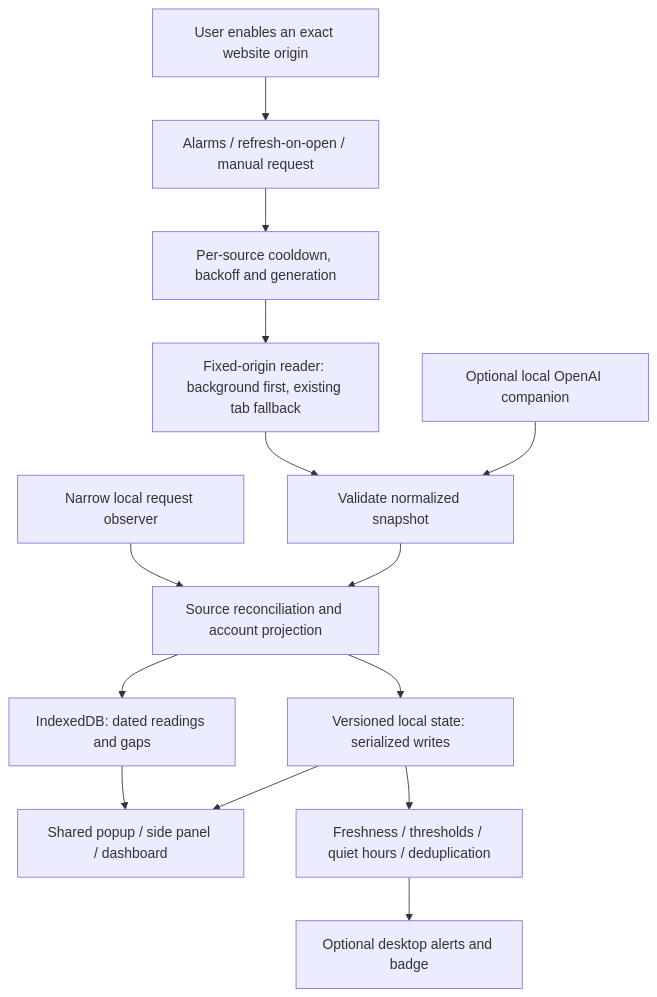
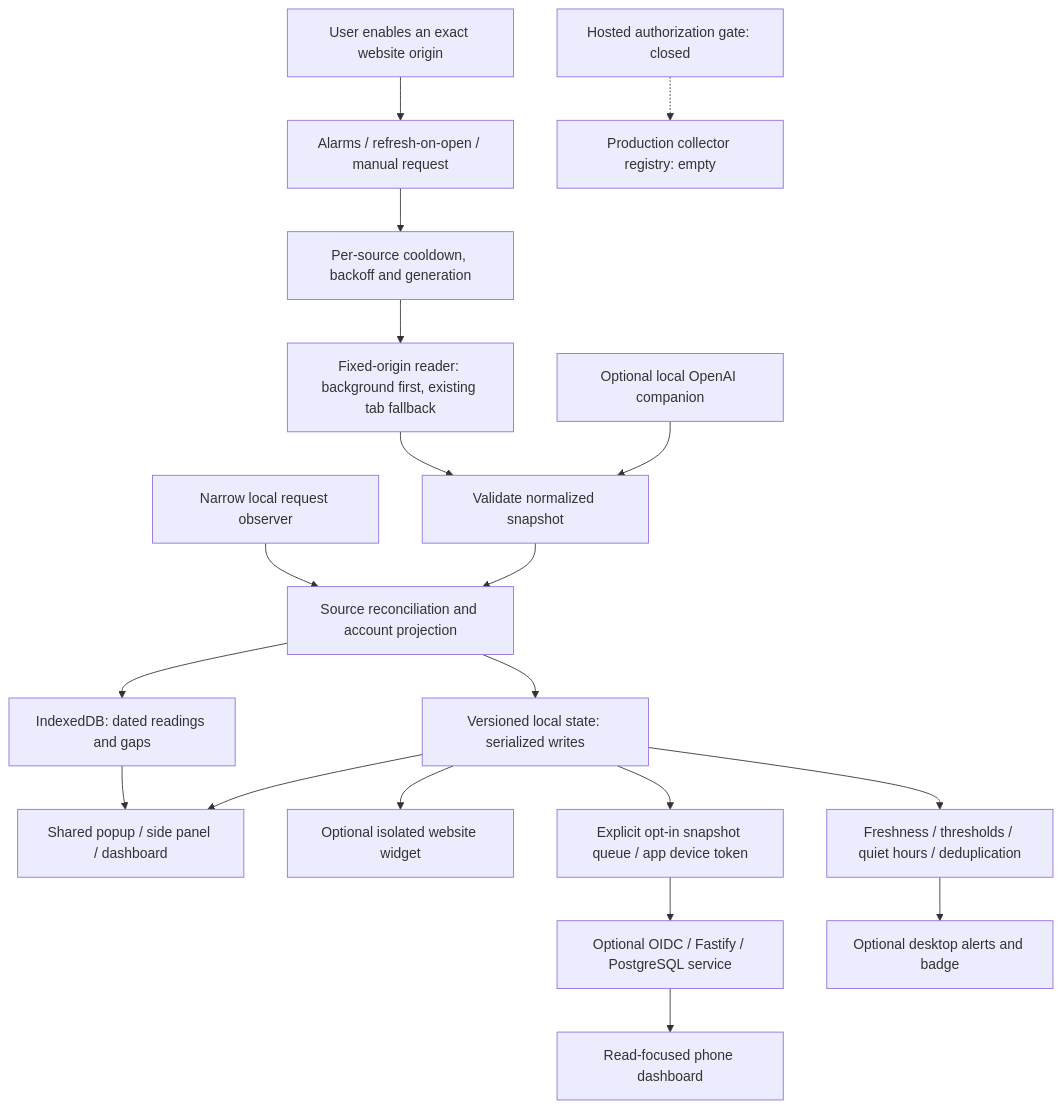
Before and after one commit to voiddev011/mylimits: the diagram in docs/ARCHITECTURE.md, drawn with Mermaid. The commit also changed other lines of this file and 38 other files, not shown here.

````diff
--- a/docs/ARCHITECTURE.md
+++ b/docs/ARCHITECTURE.md
@@ -7,16 +5,21 @@
 ```mermaid
 flowchart TD
   Click[User enables an exact website origin] --> Schedule[Alarms / refresh-on-open / manual request]
   Schedule --> Guard[Per-source cooldown, backoff and generation]
   Guard --> Reader[Fixed-origin reader: background first, existing tab fallback]
   Native[Optional local OpenAI companion] --> Normalize[Validate normalized snapshot]
   Reader --> Normalize
   Normalize --> Reconcile[Source reconciliation and account projection]
   Reconcile --> State[Versioned local state: serialized writes]
   Reconcile --> History[IndexedDB: dated readings and gaps]
   State --> Views[Shared popup / side panel / dashboard]
   History --> Views
+  State --> Widget[Optional isolated website widget]
+  State --> Sync[Explicit opt-in snapshot queue / app device token]
+  Sync --> API[Optional OIDC / Fastify / PostgreSQL service]
+  API --> Phone[Read-focused phone dashboard]
+  Gate[Hosted authorization gate: closed] -.-> Collector[Production collector registry: empty]
   State --> Policy[Freshness / thresholds / quiet hours / deduplication]
   Policy --> Alerts[Optional desktop alerts and badge]
   Observer[Narrow local request observer] --> Reconcile
 ```
````
